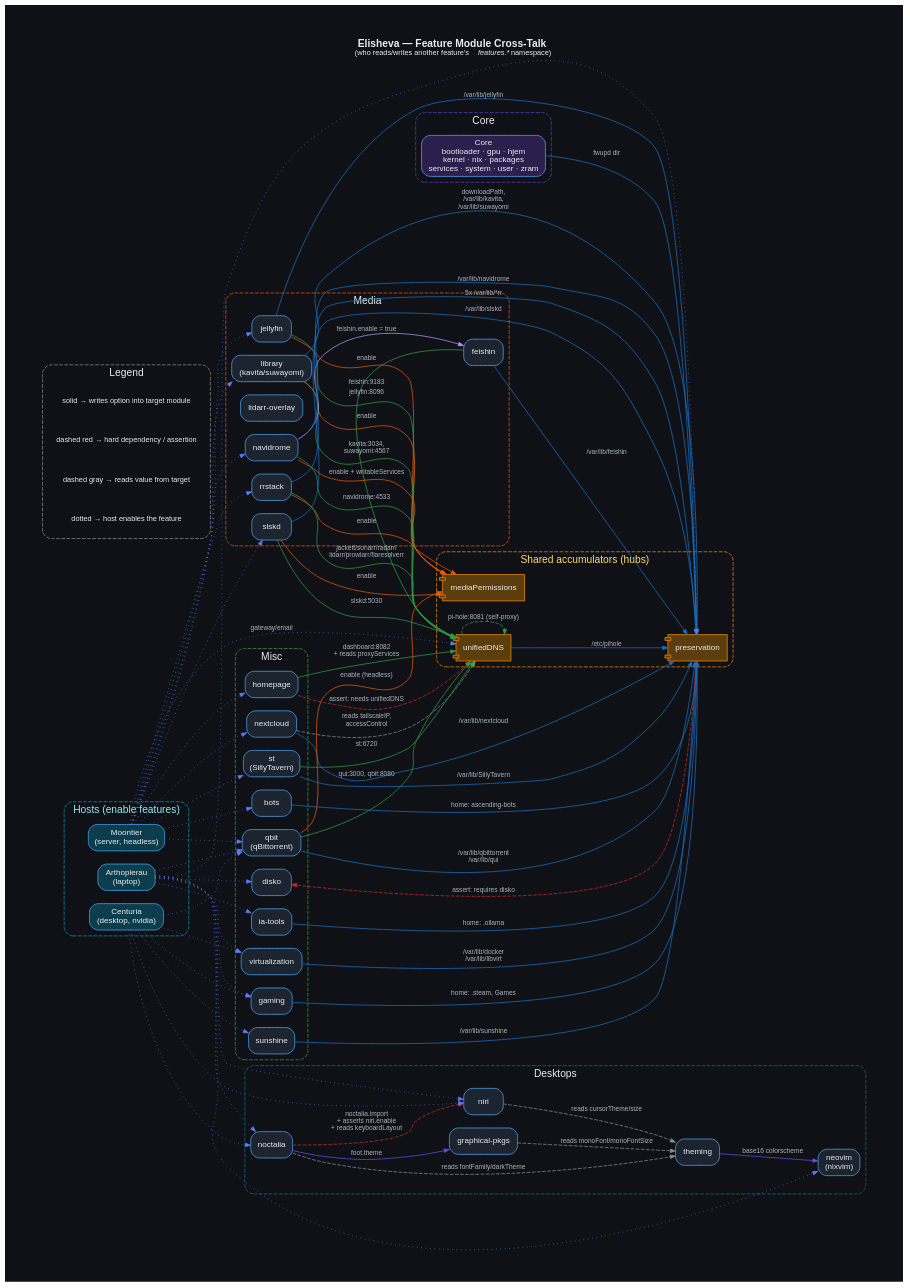
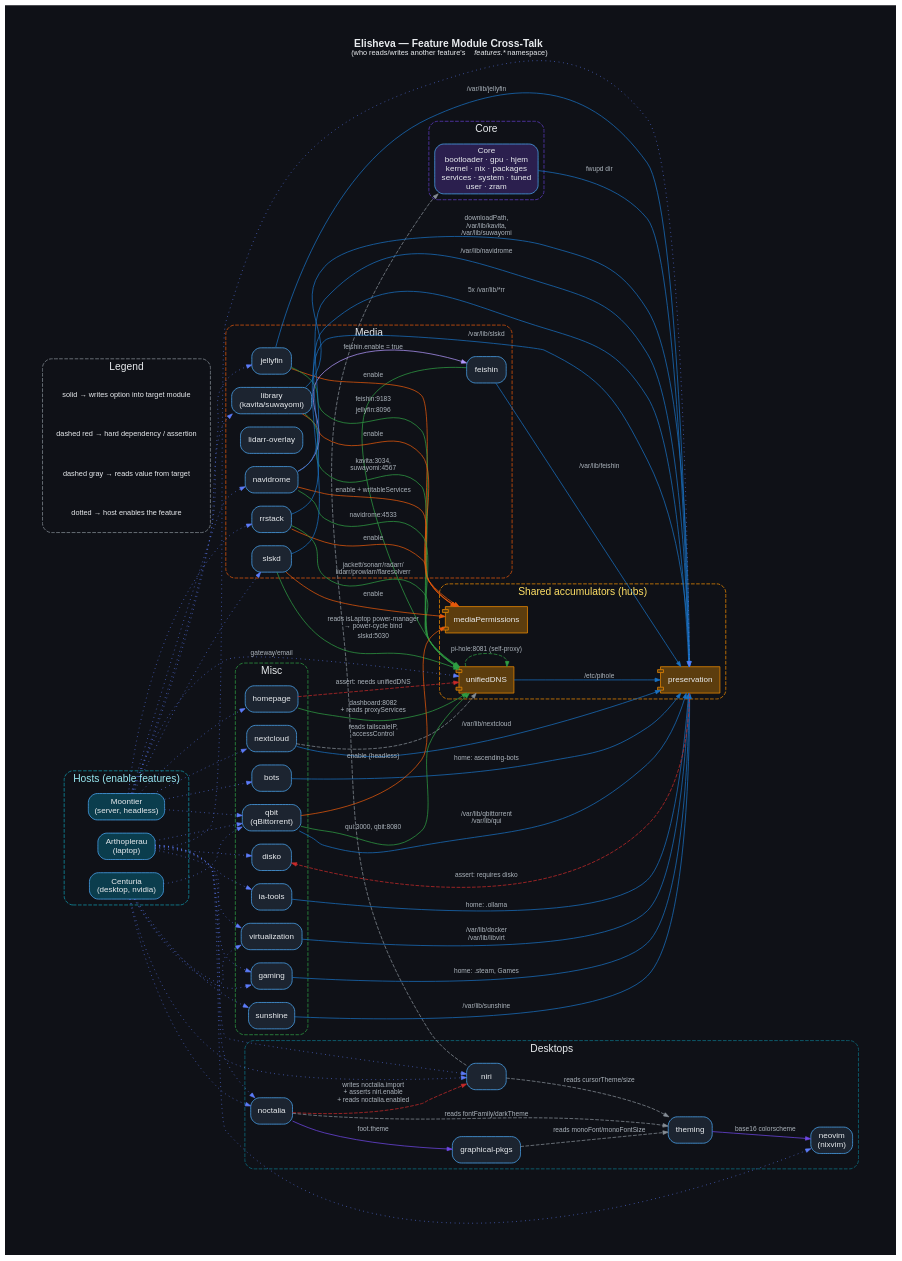
Before and after one commit to rPlakama/Elisheva: the diagram in images/modules-cross-talk.gv, drawn with Graphviz. The commit also changed 12 other files, not shown here.

```diff
--- a/images/modules-cross-talk.gv
+++ b/images/modules-cross-talk.gv
@@ -1,178 +1,175 @@
 digraph cross_talk {
   rankdir = LR;
   splines = spline;
   bgcolor = "#0f1117";
   pad = 0.6;
   fontname = "sans-serif";
   fontcolor = "#e9ecef";
   labelloc = "t";
   label = <<B>Elisheva — Feature Module Cross-Talk</B><br/><font point-size="10">(who reads/writes another feature's <i>features.*</i> namespace)</font>>;
 
   node [fontname = "sans-serif", fontsize = 11, color = "#4dabf7", fontcolor = "#e9ecef", shape = box, style = "rounded,filled", fillcolor = "#1c2430"];
 
   edge [fontname = "sans-serif", fontsize = 9, fontcolor = "#adb5bd", arrowsize = 0.7];
 
   subgraph cluster_core {
     label = "Core";
     fontcolor = "#e9ecef";
     style = "dashed,rounded";
     color = "#5f3dc4";
-    core [label = "Core\nbootloader · gpu · hjem\nkernel · nix · packages\nservices · system · user · zram", fillcolor = "#2b1f4e"];
+    core [label = "Core\nbootloader · gpu · hjem\nkernel · nix · packages\nservices · system · tuned\nuser · zram", fillcolor = "#2b1f4e"];
   }
 
   subgraph cluster_desktop {
     label = "Desktops";
     fontcolor = "#e9ecef";
     style = "dashed,rounded";
     color = "#0b7285";
     graphicalPkgs [label = "graphical-pkgs"];
     niri [label = "niri"];
     noctalia [label = "noctalia"];
     theming [label = "theming"];
     neovim [label = "neovim\n(nixvim)"];
   }
 
   subgraph cluster_media {
     label = "Media";
     fontcolor = "#e9ecef";
     style = "dashed,rounded";
     color = "#e8590c";
     feishin [label = "feishin"];
     jellyfin [label = "jellyfin"];
     library [label = "library\n(kavita/suwayomi)"];
     lidarr_overlay [label = "lidarr-overlay"];
     navidrome [label = "navidrome"];
     rrstack [label = "rrstack"];
     slskd [label = "slskd"];
   }
 
   subgraph cluster_misc {
     label = "Misc";
     fontcolor = "#e9ecef";
     style = "dashed,rounded";
     color = "#2f9e44";
     bots [label = "bots"];
     disko [label = "disko"];
     gaming [label = "gaming"];
     homepage [label = "homepage"];
     ia_tools [label = "ia-tools"];
     nextcloud [label = "nextcloud"];
     qbit [label = "qbit\n(qBittorrent)"];
-    st [label = "st\n(SillyTavern)"];
     sunshine [label = "sunshine"];
     virtualization [label = "virtualization"];
   }
 
   subgraph cluster_hubs {
     label = "Shared accumulators (hubs)";
     fontcolor = "#ffe066";
     style = "dashed,rounded";
     color = "#f08c00";
     preservation [label = "preservation", shape = component, fillcolor = "#5c3d0e", color = "#f08c00"];
     mediaPermissions [label = "mediaPermissions", shape = component, fillcolor = "#5c3d0e", color = "#f08c00"];
     unifiedDNS [label = "unifiedDNS", shape = component, fillcolor = "#5c3d0e", color = "#f08c00"];
   }
 
   subgraph cluster_hosts {
     label = "Hosts (enable features)";
     fontcolor = "#99e9f2";
     style = "dashed,rounded";
     color = "#1098ad";
     moontier [label = "Moontier\n(server, headless)", fillcolor = "#0b3d4d"];
     centuria [label = "Centuria\n(desktop, nvidia)", fillcolor = "#0b3d4d"];
     arthoplerau [label = "Arthoplerau\n(laptop)", fillcolor = "#0b3d4d"];
   }
 
   /* ---- Core -> others ---- */
   core -> preservation [label = "fwupd dir", color = "#1971c2"];
 
   /* ---- Desktops cross-talk ---- */
   niri -> theming [label = "reads cursorTheme/size", color = "#868e96", style = "dashed"];
   noctalia -> theming [label = "reads fontFamily/darkTheme", color = "#868e96", style = "dashed"];
   graphicalPkgs -> theming [label = "reads monoFont/monoFontSize", color = "#868e96", style = "dashed"];
   theming -> neovim [label = "base16 colorscheme", color = "#7048e8"];
-  noctalia -> niri [label = "noctalia.import\n+ asserts niri.enable\n+ reads keyboardLayout", color = "#c92a2a", style = "dashed"];
+  noctalia -> niri [label = "writes noctalia.import\n+ asserts niri.enable\n+ reads noctalia.enabled", color = "#c92a2a", style = "dashed"];
   noctalia -> graphicalPkgs [label = "foot.theme", color = "#7048e8"];
+  niri -> core [label = "reads isLaptop power-manager\n→ power-cycle bind", color = "#868e96", style = "dashed"];
 
   /* ---- Media -> hubs ---- */
   feishin -> unifiedDNS [label = "feishin:9183", color = "#2f9e44"];
   feishin -> preservation [label = "/var/lib/feishin", color = "#1971c2"];
   jellyfin -> mediaPermissions [label = "enable", color = "#e8590c"];
   jellyfin -> preservation [label = "/var/lib/jellyfin", color = "#1971c2"];
   jellyfin -> unifiedDNS [label = "jellyfin:8096", color = "#2f9e44"];
   library -> mediaPermissions [label = "enable", color = "#e8590c"];
   library -> preservation [label = "downloadPath,\n/var/lib/kavita,\n/var/lib/suwayomi", color = "#1971c2"];
   library -> unifiedDNS [label = "kavita:3034,\nsuwayomi:4567", color = "#2f9e44"];
   navidrome -> feishin [label = "feishin.enable = true", color = "#b197fc"];
   navidrome -> mediaPermissions [label = "enable + writableServices", color = "#e8590c"];
   navidrome -> preservation [label = "/var/lib/navidrome", color = "#1971c2"];
   navidrome -> unifiedDNS [label = "navidrome:4533", color = "#2f9e44"];
   rrstack -> mediaPermissions [label = "enable", color = "#e8590c"];
   rrstack -> preservation [label = "5x /var/lib/*rr", color = "#1971c2"];
   rrstack -> unifiedDNS [label = "jackett/sonarr/radarr/\nlidarr/prowlarr/flaresolverr", color = "#2f9e44"];
   slskd -> mediaPermissions [label = "enable", color = "#e8590c"];
   slskd -> preservation [label = "/var/lib/slskd", color = "#1971c2"];
   slskd -> unifiedDNS [label = "slskd:5030", color = "#2f9e44"];
 
   /* ---- Misc -> hubs ---- */
   bots -> preservation [label = "home: ascending-bots", color = "#1971c2"];
   gaming -> preservation [label = "home: .steam, Games", color = "#1971c2"];
   homepage -> unifiedDNS [label = "dashboard:8082\n+ reads proxyServices", color = "#2f9e44"];
   homepage -> unifiedDNS [label = "assert: needs unifiedDNS", color = "#c92a2a", style = "dashed"];
   ia_tools -> preservation [label = "home: .ollama", color = "#1971c2"];
   nextcloud -> preservation [label = "/var/lib/nextcloud", color = "#1971c2"];
   nextcloud -> unifiedDNS [label = "reads tailscaleIP,\naccessControl", color = "#868e96", style = "dashed"];
   qbit -> mediaPermissions [label = "enable (headless)", color = "#e8590c"];
   qbit -> preservation [label = "/var/lib/qbittorrent\n/var/lib/qui", color = "#1971c2"];
   qbit -> unifiedDNS [label = "qui:3000, qbit:8080", color = "#2f9e44"];
-  st -> preservation [label = "/var/lib/SillyTavern", color = "#1971c2"];
-  st -> unifiedDNS [label = "st:6720", color = "#2f9e44"];
   sunshine -> preservation [label = "/var/lib/sunshine", color = "#1971c2"];
   virtualization -> preservation [label = "/var/lib/docker\n/var/lib/libvirt", color = "#1971c2"];
   unifiedDNS -> preservation [label = "/etc/pihole", color = "#1971c2"];
   unifiedDNS -> unifiedDNS [label = "pi-hole:8081 (self-proxy)", color = "#2f9e44", style = "dashed"];
   preservation -> disko [label = "assert: requires disko", color = "#c92a2a", style = "dashed"];
 
   /* ---- Hosts -> features ---- */
   moontier -> unifiedDNS [label = "gateway/email", color = "#5c7cfa", style = "dotted"];
   moontier -> library [label = "", color = "#5c7cfa", style = "dotted"];
   moontier -> rrstack [label = "", color = "#5c7cfa", style = "dotted"];
   moontier -> qbit [label = "", color = "#5c7cfa", style = "dotted"];
   moontier -> slskd [label = "", color = "#5c7cfa", style = "dotted"];
   moontier -> homepage [label = "", color = "#5c7cfa", style = "dotted"];
-  moontier -> st [label = "", color = "#5c7cfa", style = "dotted"];
   moontier -> nextcloud [label = "", color = "#5c7cfa", style = "dotted"];
   moontier -> jellyfin [label = "", color = "#5c7cfa", style = "dotted"];
   moontier -> navidrome [label = "", color = "#5c7cfa", style = "dotted"];
   moontier -> bots [label = "", color = "#5c7cfa", style = "dotted"];
 
   centuria -> niri [label = "", color = "#5c7cfa", style = "dotted"];
   centuria -> noctalia [label = "", color = "#5c7cfa", style = "dotted"];
   centuria -> gaming [label = "", color = "#5c7cfa", style = "dotted"];
   centuria -> sunshine [label = "", color = "#5c7cfa", style = "dotted"];
   centuria -> qbit [label = "", color = "#5c7cfa", style = "dotted"];
   centuria -> virtualization [label = "", color = "#5c7cfa", style = "dotted"];
 
   arthoplerau -> niri [label = "", color = "#5c7cfa", style = "dotted"];
   arthoplerau -> noctalia [label = "", color = "#5c7cfa", style = "dotted"];
   arthoplerau -> gaming [label = "", color = "#5c7cfa", style = "dotted"];
   arthoplerau -> qbit [label = "", color = "#5c7cfa", style = "dotted"];
   arthoplerau -> virtualization [label = "", color = "#5c7cfa", style = "dotted"];
   arthoplerau -> ia_tools [label = "", color = "#5c7cfa", style = "dotted"];
   arthoplerau -> disko [label = "", color = "#5c7cfa", style = "dotted"];
   arthoplerau -> preservation [label = "", color = "#5c7cfa", style = "dotted"];
   arthoplerau -> neovim [label = "", color = "#5c7cfa", style = "dotted"];
 
   /* ---- Legend ---- */
   subgraph cluster_legend {
     label = "Legend";
     fontcolor = "#e9ecef";
     style = "dashed,rounded";
     color = "#868e96";
     node [shape = plaintext, fillcolor = "transparent", color = "transparent", fontsize = 10];
     l1 [label = "solid → writes option into target module"];
     l2 [label = "dashed red → hard dependency / assertion"];
     l3 [label = "dashed gray → reads value from target"];
     l4 [label = "dotted → host enables the feature"];
   }
 }
```
